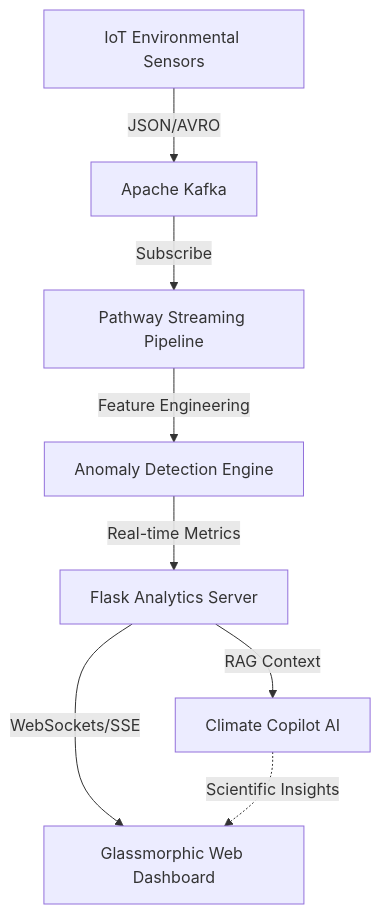
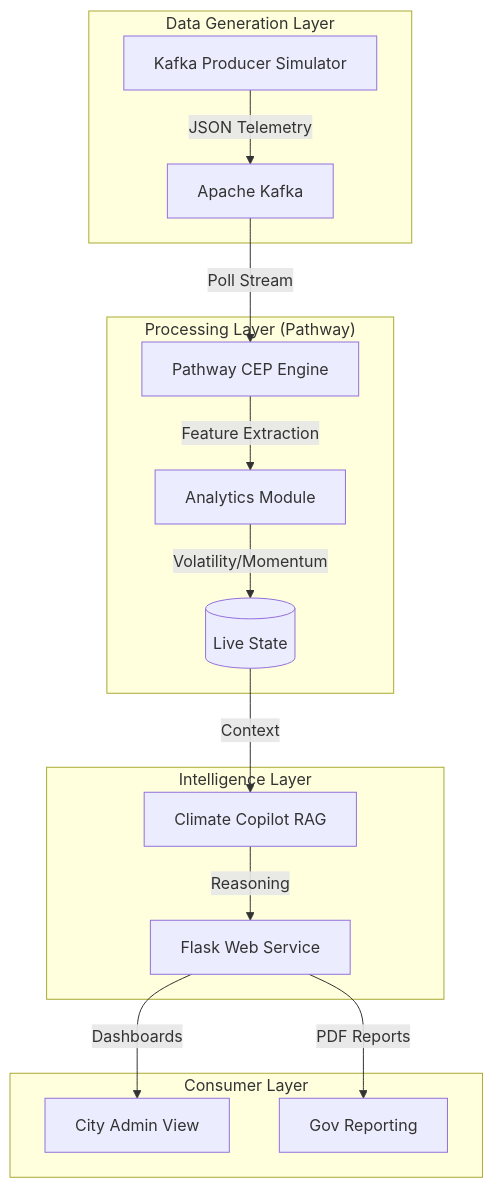
Before and after one commit to DhanushN2005/EcoPluse-AI: the diagram in README.md, drawn with Mermaid. The commit also changed other lines of this file, not shown here.

Commit message:
Docs: Major README overhaul with visual assets, CI badges, and scientific context

````diff
--- a/README.md
+++ b/README.md
@@ -16,10 +45,22 @@
 ```mermaid
 graph TD
-    A[IoT Environmental Sensors] -->|JSON/AVRO| B[Apache Kafka]
-    B -->|Subscribe| C[Pathway Streaming Pipeline]
-    C -->|Feature Engineering| D[Anomaly Detection Engine]
-    D -->|Real-time Metrics| E[Flask Analytics Server]
-    E -->|RAG Context| F[Climate Copilot AI]
-    E -->|WebSockets/SSE| G[Glassmorphic Web Dashboard]
-    F -.->|Scientific Insights| G
+    subgraph "Data Generation Layer"
+        P[Kafka Producer Simulator] -->|JSON Telemetry| K[Apache Kafka]
+    end
+
+    subgraph "Processing Layer (Pathway)"
+        K -->|Poll Stream| PW[Pathway CEP Engine]
+        PW -->|Feature Extraction| AN[Analytics Module]
+        AN -->|Volatility/Momentum| DB[(Live State)]
+    end
+
+    subgraph "Intelligence Layer"
+        DB -->|Context| COP[Climate Copilot RAG]
+        COP -->|Reasoning| API[Flask Web Service]
+    end
+
+    subgraph "Consumer Layer"
+        API -->|Dashboards| UI1[City Admin View]
+        API -->|PDF Reports| UI2[Gov Reporting]
+    end
 ```
````
